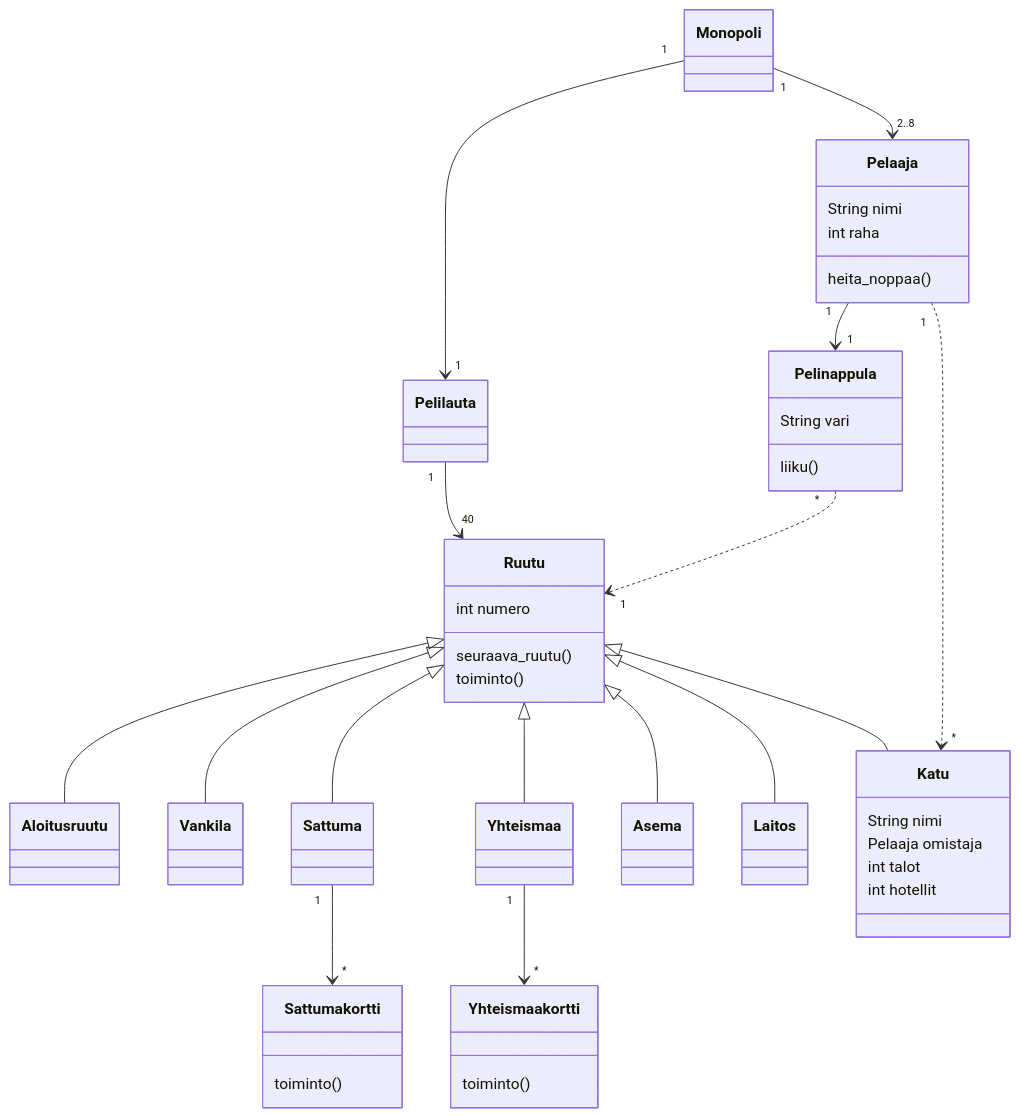
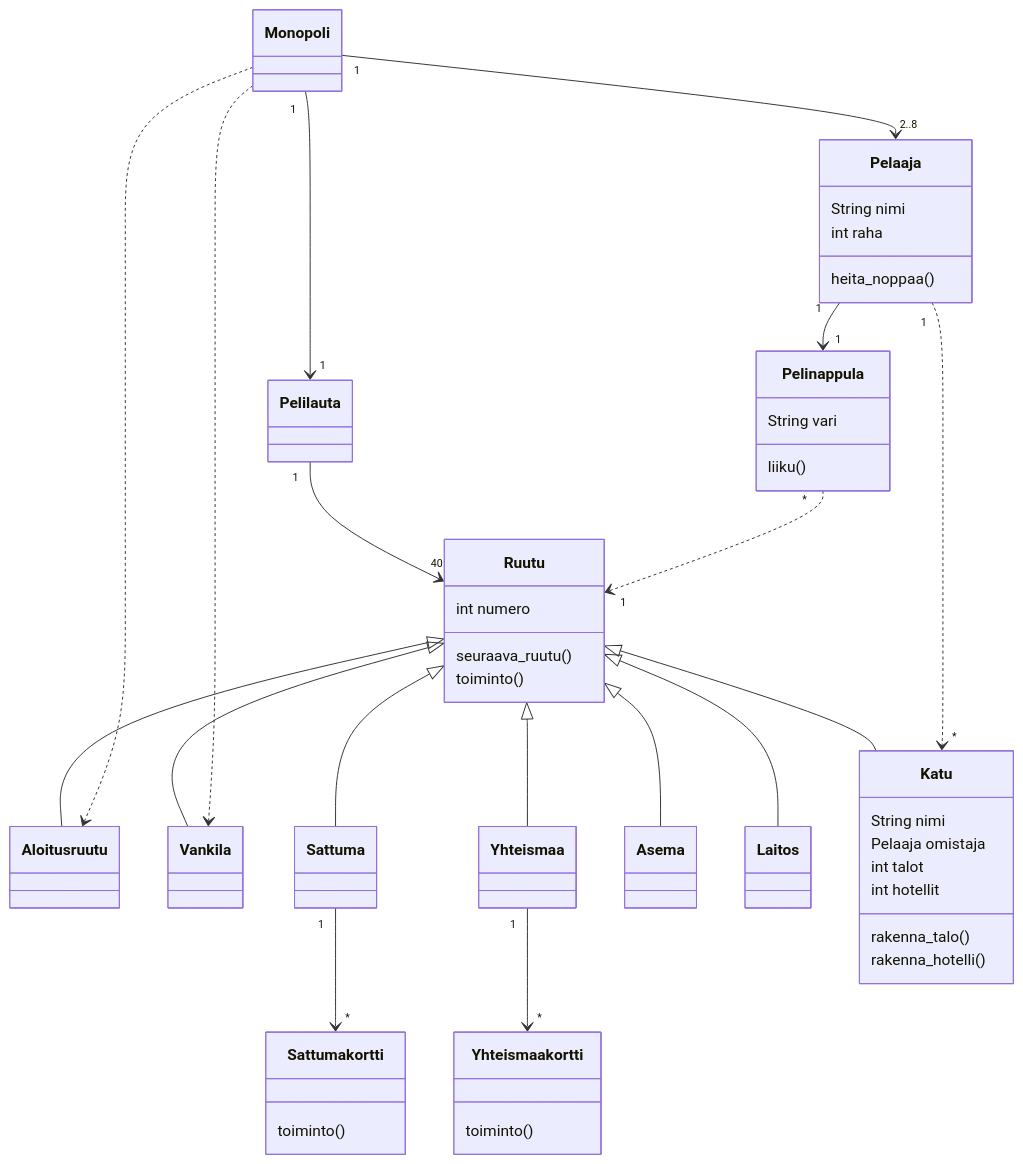
The diagram in laskarit/viikko3/monopoli.md (ArtturiV/ot-harjoitustyo), drawn with Mermaid before and after one commit.

Commit message:
Monopolin muuttelua

````diff
--- a/laskarit/viikko3/monopoli.md
+++ b/laskarit/viikko3/monopoli.md
@@ -1,45 +1,49 @@
 ```mermaid
  classDiagram
 	Monopoli "1" --> "2..8" Pelaaja
 	Pelaaja "1" --> "1" Pelinappula
 	Monopoli "1" --> "1" Pelilauta
 	Pelilauta "1" --> "40" Ruutu
 	Pelinappula "*" ..> "1" Ruutu
 	Ruutu <|-- Aloitusruutu
 	Ruutu <|-- Vankila
 	Ruutu <|-- Sattuma
 	Ruutu <|-- Yhteismaa
 	Ruutu <|-- Asema
 	Ruutu <|-- Laitos
 	Ruutu <|-- Katu
 	Sattuma "1" --> "*" Sattumakortti
 	Yhteismaa "1"  --> "*" Yhteismaakortti
 	Pelaaja "1" ..> "*" Katu
+	Monopoli ..> Aloitusruutu
+	Monopoli ..> Vankila
 
 	class Pelaaja{
 		String nimi
 		int raha
 		heita_noppaa()
 	}
 	class Ruutu{
 		int numero
 		seuraava_ruutu()
 		toiminto()
 	}
 	class Pelinappula{
 		String vari
 		liiku()
 	}
 	class Sattumakortti{
 		toiminto()
 	}
 	class Yhteismaakortti{
 		toiminto()
 	}
 	class Katu{
 		String nimi
 		Pelaaja omistaja
 		int talot
 		int hotellit
+		rakenna_talo()
+		rakenna_hotelli()
 	}	
 ```
````
